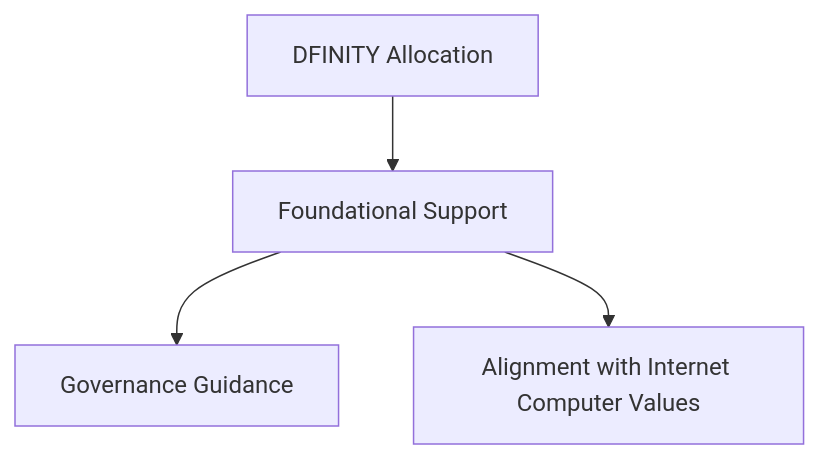
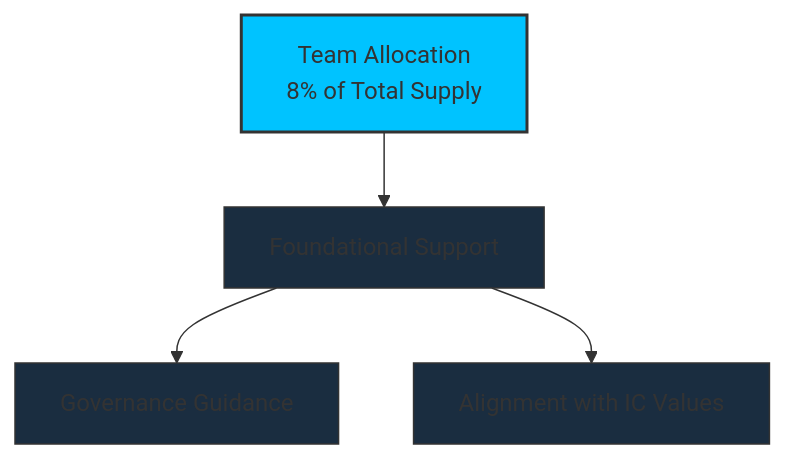
One commit to cosmicrafts/cosmicrafts-dao changed the ninth of 19 diagrams in src/frontend/src/assets/markdown/en/tokenomics.md. Above: the diagram before and after it, drawn with Mermaid. The commit also changed other lines of this file and 14 other files, not shown here.

````diff
--- a/src/frontend/src/assets/markdown/en/tokenomics.md
+++ b/src/frontend/src/assets/markdown/en/tokenomics.md
@@ -131,6 +297,11 @@
 ```mermaid
 graph TD
-    A[DFINITY Allocation] --> B[Foundational Support]
+    A[Team Allocation<br>8% of Total Supply] --> B[Foundational Support]
     B --> C[Governance Guidance]
-    B --> D[Alignment with Internet Computer Values]
+    B --> D[Alignment with IC Values]
+    
+    style A fill:#00c3ff,stroke:#333,stroke-width:2px
+    style B fill:#1a2d40,stroke:#333,stroke-width:1px
+    style C fill:#1a2d40,stroke:#333,stroke-width:1px
+    style D fill:#1a2d40,stroke:#333,stroke-width:1px
 ```
````
